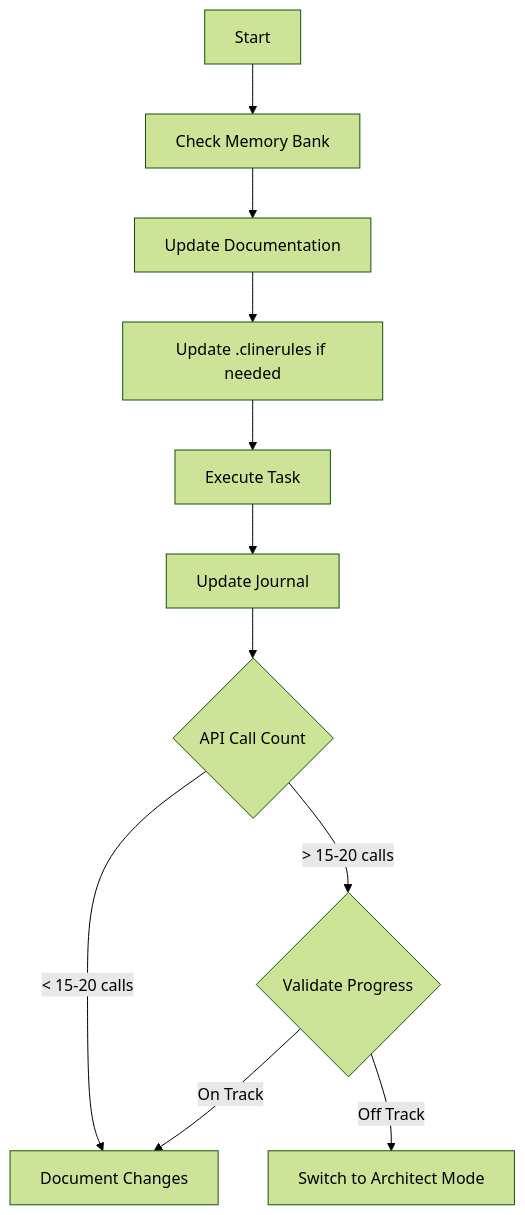
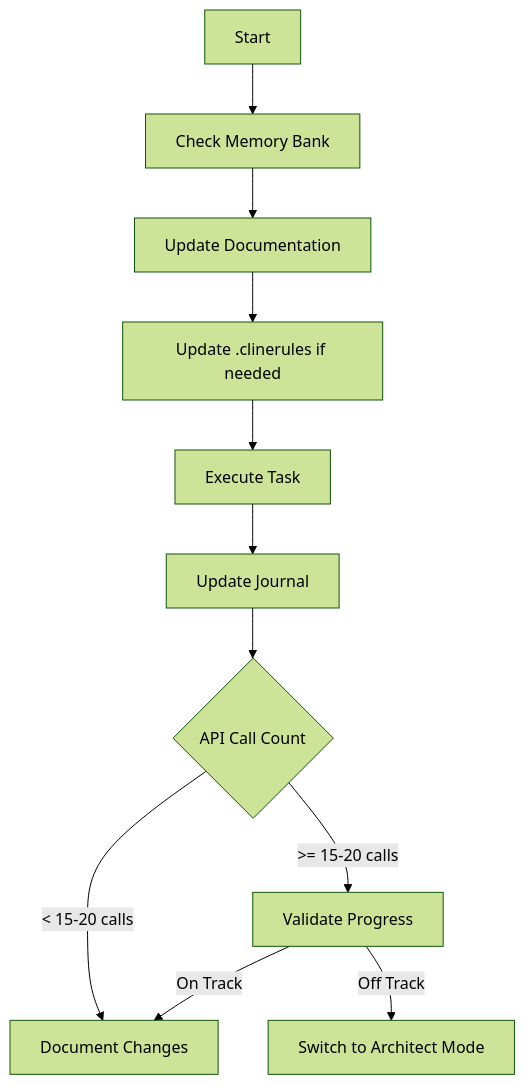
The third of 5 diagrams in docs/prompting/custom instructions library/raw-instructions/cline-memory-bank.md (IHateCrickets/cline), drawn with Mermaid (forest theme) before and after one commit.

Commit message:
Update cline-memory-bank.md
finally

````diff
--- a/docs/prompting/custom instructions library/raw-instructions/cline-memory-bank.md
+++ b/docs/prompting/custom instructions library/raw-instructions/cline-memory-bank.md
@@ -115,13 +115,13 @@
 ```mermaid
 flowchart TD
     Start[Start] --> Context[Check Memory Bank]
     Context --> Update[Update Documentation]
     Update --> Rules[Update .clinerules if needed]
     Rules --> Execute[Execute Task]
     Execute --> Journal[Update Journal]
     Journal --> Count{API Call Count}
     Count -->|< 15-20 calls| Document[Document Changes]
-    Count -->|> 15-20 calls| Validate{Validate Progress}
+    Count -->|>= 15-20 calls| Validate[Validate Progress]
     Validate -->|On Track| Document
     Validate -->|Off Track| Reassess[Switch to Architect Mode]
 ```
````
